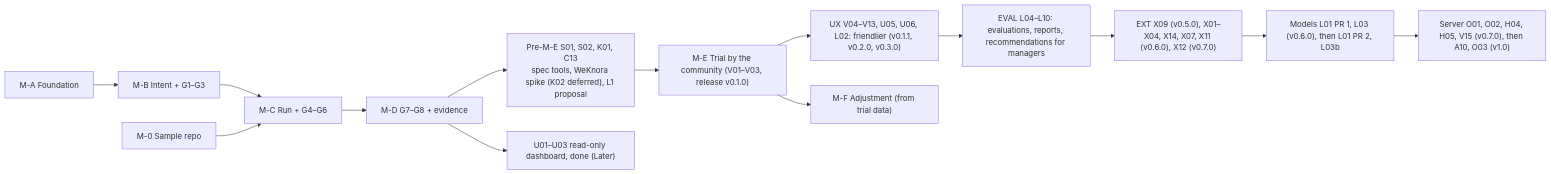
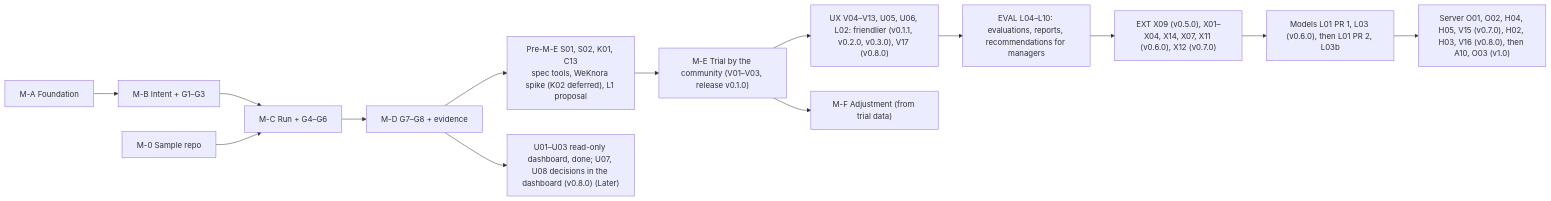
One commit to hoanghainh1188/agentic-sdlc-framework changed the diagram in design/D-08-mvp-backlog.md. Above: the diagram before and after it, drawn with Mermaid. The commit also changed other lines of this file and 13 other files, not shown here.

````diff
--- a/design/D-08-mvp-backlog.md
+++ b/design/D-08-mvp-backlog.md
@@ -58,16 +58,16 @@
 ```mermaid
 flowchart LR
     MA["M-A Foundation"] --> MB["M-B Intent + G1–G3"]
     MB --> MC["M-C Run + G4–G6"]
     M0["M-0 Sample repo"] --> MC
     MC --> MD["M-D G7–G8 + evidence"]
     MD --> MP["Pre-M-E S01, S02, K01, C13<br/>spec tools, WeKnora spike (K02 deferred), L1 proposal"]
     MP --> ME["M-E Trial by the community (V01–V03, release v0.1.0)"]
-    ME --> UX["UX V04–V13, U05, U06, L02: friendlier (v0.1.1, v0.2.0, v0.3.0)"]
+    ME --> UX["UX V04–V13, U05, U06, L02: friendlier (v0.1.1, v0.2.0, v0.3.0), V17 (v0.8.0)"]
     UX --> EV["EVAL L04–L10: evaluations, reports, recommendations for managers"]
     EV --> EXT["EXT X09 (v0.5.0), X01–X04, X14, X07, X11 (v0.6.0), X12 (v0.7.0)"]
     EXT --> MO["Models L01 PR 1, L03 (v0.6.0), then L01 PR 2, L03b"]
-    MO --> SV["Server O01, O02, H04, H05, V15 (v0.7.0), then A10, O03 (v1.0)"]
+    MO --> SV["Server O01, O02, H04, H05, V15 (v0.7.0), H02, H03, V16 (v0.8.0), then A10, O03 (v1.0)"]
     ME --> MF["M-F Adjustment (from trial data)"]
-    MD --> MU["U01–U03 read-only dashboard, done (Later)"]
+    MD --> MU["U01–U03 read-only dashboard, done; U07, U08 decisions in the dashboard (v0.8.0) (Later)"]
 ```
````
